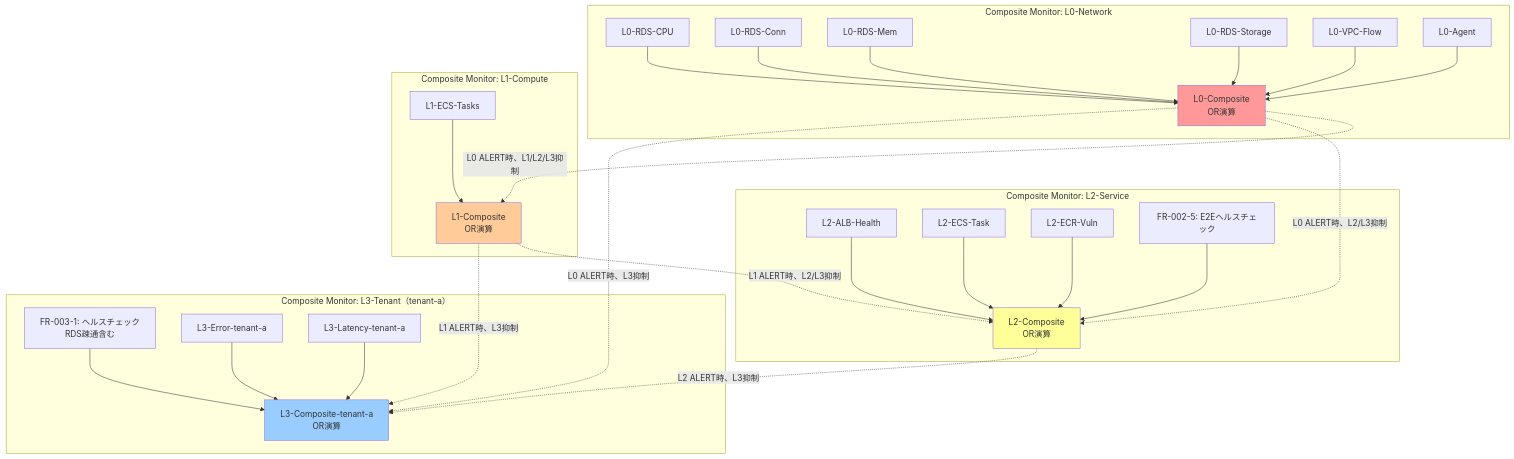
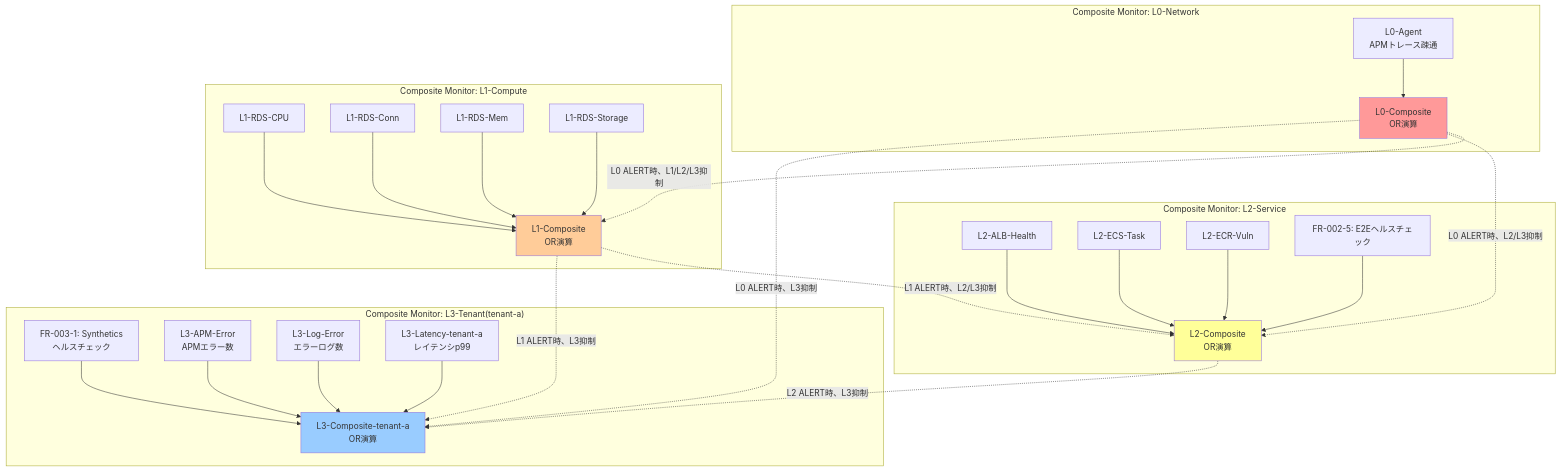
The diagram in docs/04_インフラ設計/01_基本設計/05_監視設計.md (k-tanaka-522/datadog-for-AWS-terraform), drawn with Mermaid before and after one commit. The commit also changed other lines of this file and 26 other files, not shown here.

````diff
--- a/docs/04_インフラ設計/01_基本設計/05_監視設計.md
+++ b/docs/04_インフラ設計/01_基本設計/05_監視設計.md
@@ -360,63 +504,61 @@
 ```mermaid
 graph TB
     subgraph "Composite Monitor: L0-Network"
         L0_Composite[L0-Composite<br/>OR演算]
-        L0_RDS[L0-RDS-CPU]
-        L0_Conn[L0-RDS-Conn]
-        L0_Mem[L0-RDS-Mem]
-        L0_Storage[L0-RDS-Storage]
-        L0_VPC[L0-VPC-Flow]
-        L0_Agent[L0-Agent]
+        L0_Agent[L0-Agent<br/>APMトレース疎通]
 
-        L0_RDS --> L0_Composite
-        L0_Conn --> L0_Composite
-        L0_Mem --> L0_Composite
-        L0_Storage --> L0_Composite
-        L0_VPC --> L0_Composite
         L0_Agent --> L0_Composite
     end
 
     subgraph "Composite Monitor: L1-Compute"
         L1_Composite[L1-Composite<br/>OR演算]
-        L1_ECS[L1-ECS-Tasks]
+        L1_RDS_CPU[L1-RDS-CPU]
+        L1_RDS_Conn[L1-RDS-Conn]
+        L1_RDS_Mem[L1-RDS-Mem]
+        L1_RDS_Storage[L1-RDS-Storage]
 
-        L1_ECS --> L1_Composite
+        L1_RDS_CPU --> L1_Composite
+        L1_RDS_Conn --> L1_Composite
+        L1_RDS_Mem --> L1_Composite
+        L1_RDS_Storage --> L1_Composite
     end
 
     subgraph "Composite Monitor: L2-Service"
         L2_Composite[L2-Composite<br/>OR演算]
         L2_ALB[L2-ALB-Health]
         L2_Task[L2-ECS-Task]
         L2_ECR[L2-ECR-Vuln]
         L2_E2E[FR-002-5: E2Eヘルスチェック]
 
         L2_ALB --> L2_Composite
         L2_Task --> L2_Composite
         L2_ECR --> L2_Composite
         L2_E2E --> L2_Composite
     end
 
-    subgraph "Composite Monitor: L3-Tenant（tenant-a）"
+    subgraph "Composite Monitor: L3-Tenant(tenant-a)"
         L3_Composite_A[L3-Composite-tenant-a<br/>OR演算]
-        L3_Health_A[FR-003-1: ヘルスチェック<br/>RDS疎通含む]
-        L3_Error_A[L3-Error-tenant-a]
-        L3_Latency_A[L3-Latency-tenant-a]
+        L3_Synthetics_A[FR-003-1: Synthetics<br/>ヘルスチェック]
+        L3_APM_Error_A[L3-APM-Error<br/>APMエラー数]
+        L3_Log_Error_A[L3-Log-Error<br/>エラーログ数]
+        L3_Latency_A[L3-Latency-tenant-a<br/>レイテンシp99]
 
-        L3_Health_A --> L3_Composite_A
-        L3_Error_A --> L3_Composite_A
+        L3_Synthetics_A --> L3_Composite_A
+        L3_APM_Error_A --> L3_Composite_A
+        L3_Log_Error_A --> L3_Composite_A
         L3_Latency_A --> L3_Composite_A
     end
 
     %% アラート抑制の親子関係
     L0_Composite -.->|L0 ALERT時、L1/L2/L3抑制| L1_Composite
     L0_Composite -.->|L0 ALERT時、L2/L3抑制| L2_Composite
     L0_Composite -.->|L0 ALERT時、L3抑制| L3_Composite_A
     L1_Composite -.->|L1 ALERT時、L2/L3抑制| L2_Composite
     L1_Composite -.->|L1 ALERT時、L3抑制| L3_Composite_A
     L2_Composite -.->|L2 ALERT時、L3抑制| L3_Composite_A
 
     style L0_Composite fill:#ff9999
     style L1_Composite fill:#ffcc99
     style L2_Composite fill:#ffff99
     style L3_Composite_A fill:#99ccff
 ```
````
